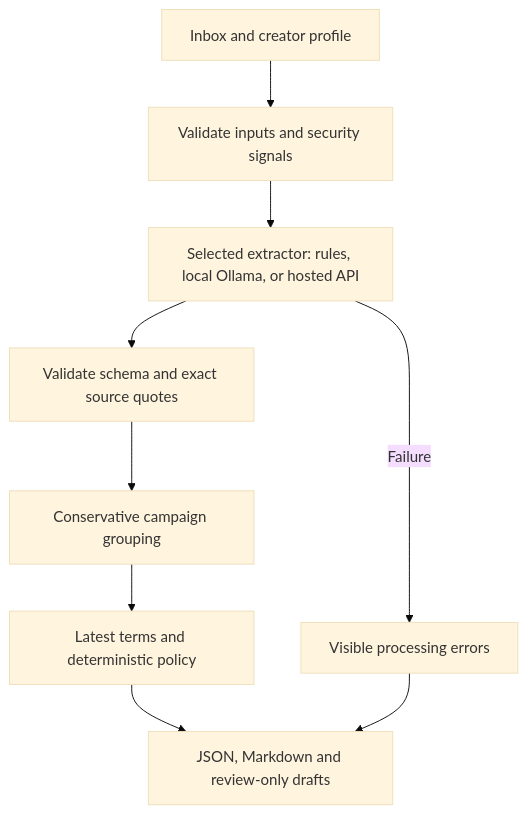
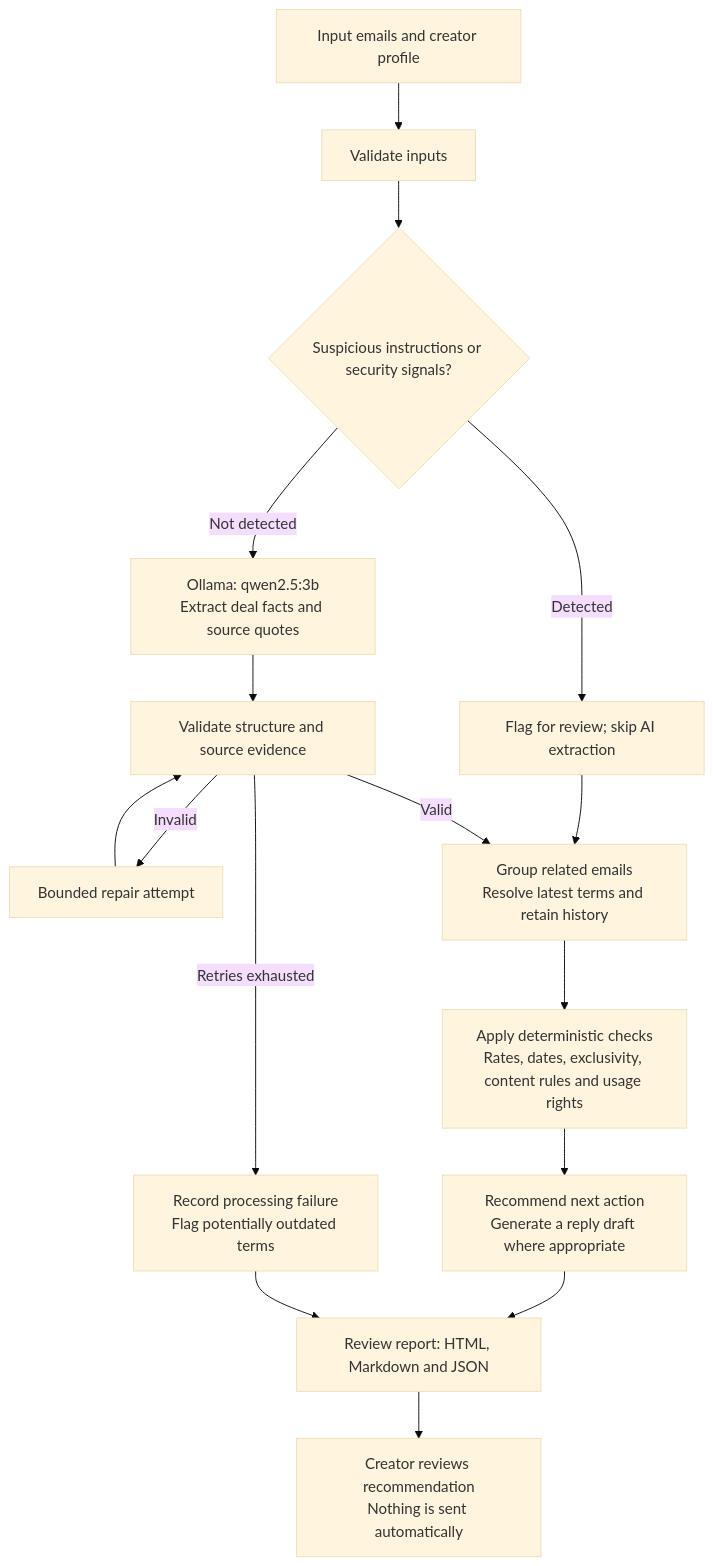
Before and after one commit to Nikhiljai03/jeevit-brand-inbox: the diagram in README.md, drawn with Mermaid (base theme). The commit also changed other lines of this file, not shown here.

Commit message:
Document detailed inbox processing flow

````diff
--- a/README.md
+++ b/README.md
@@ -107,11 +109,18 @@
 ```mermaid
 flowchart TD
-    I[Inbox and creator profile] --> S[Validate inputs and security signals]
-    S --> E[Selected extractor: rules, local Ollama, or hosted API]
-    E --> V[Validate schema and exact source quotes]
-    V --> G[Conservative campaign grouping]
-    G --> P[Latest terms and deterministic policy]
-    P --> O[JSON, Markdown and review-only drafts]
-    E -->|Failure| X[Visible processing errors]
+    I[Input emails and creator profile] --> V[Validate inputs]
+    V --> S{Suspicious instructions or security signals?}
+    S -->|Detected| F[Flag for review; skip AI extraction]
+    S -->|Not detected| M[Ollama: qwen2.5:3b<br/>Extract deal facts and source quotes]
+    M --> C[Validate structure and source evidence]
+    C -->|Invalid| R[Bounded repair attempt]
+    R --> C
+    C -->|Retries exhausted| X[Record processing failure<br/>Flag potentially outdated terms]
+    F --> G[Group related emails<br/>Resolve latest terms and retain history]
+    C -->|Valid| G
+    G --> P[Apply deterministic checks<br/>Rates, dates, exclusivity, content rules and usage rights]
+    P --> A[Recommend next action<br/>Generate a reply draft where appropriate]
+    A --> O[Review report: HTML, Markdown and JSON]
     X --> O
+    O --> H[Creator reviews recommendation<br/>Nothing is sent automatically]
 ```
````
